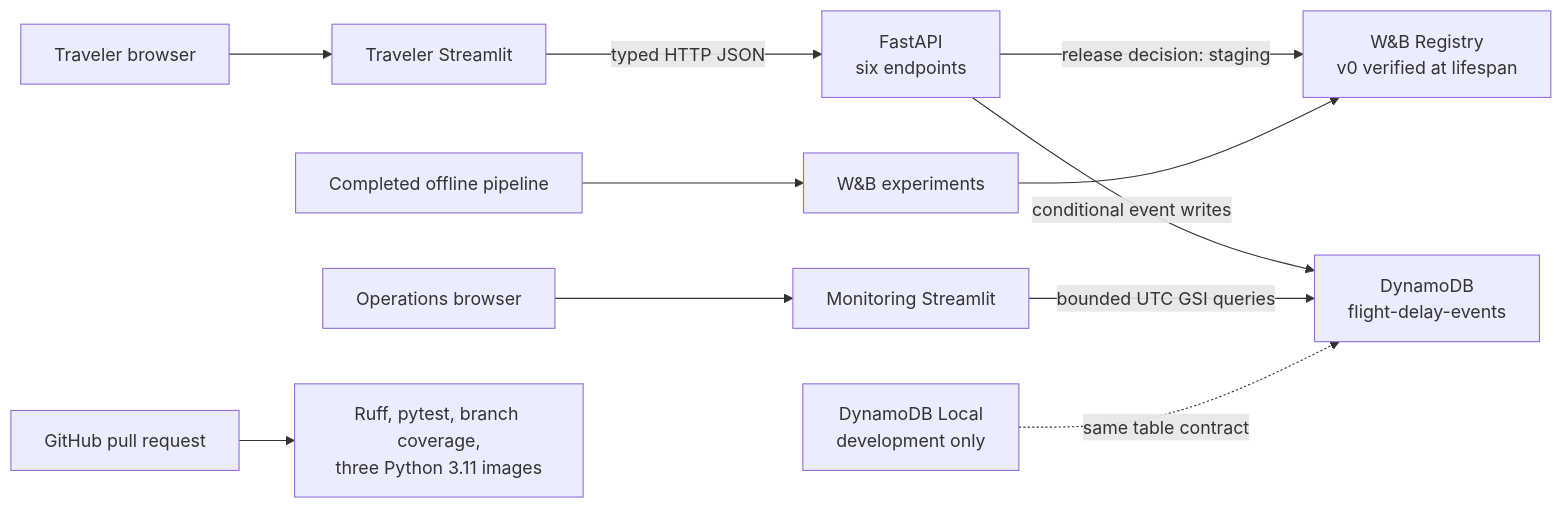
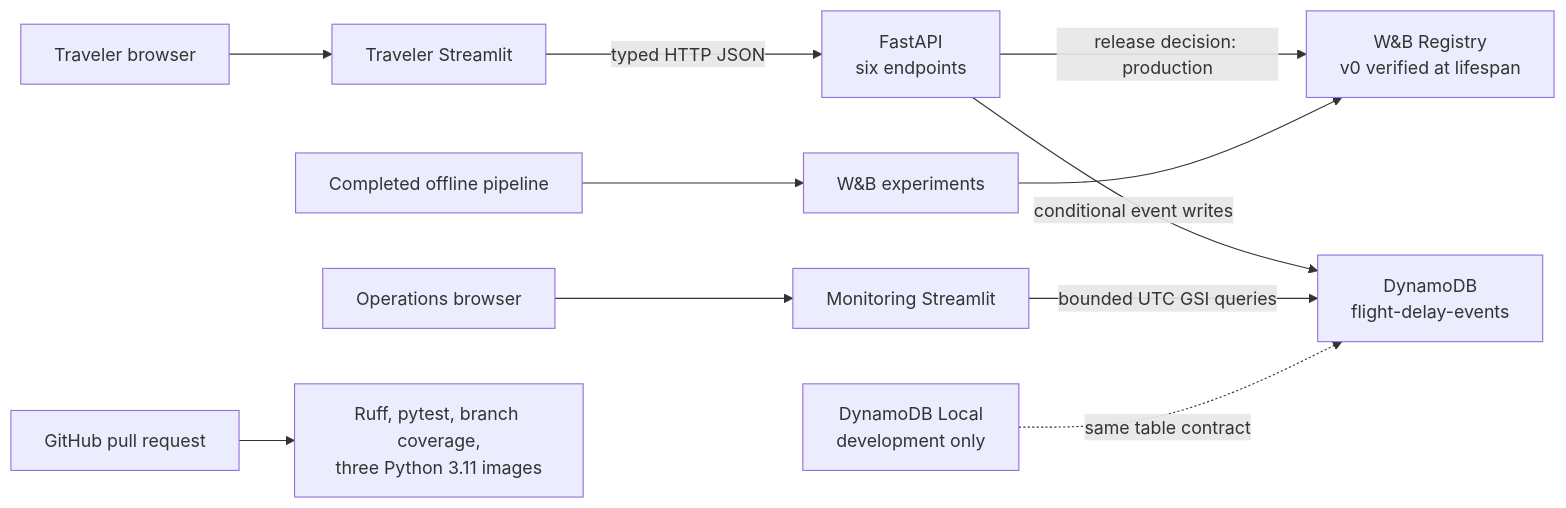
One commit to austinyoungblood/us-flight-delay-mlops changed the first of 2 diagrams in docs/architecture.md. Above: the diagram before and after it, drawn with Mermaid. The commit also changed other lines of this file and 35 other files, not shown here.

````diff
--- a/docs/architecture.md
+++ b/docs/architecture.md
@@ -13,13 +13,13 @@
 ```mermaid
 flowchart LR
     U["Traveler browser"] --> UI["Traveler Streamlit"]
     UI -->|"typed HTTP JSON"| API["FastAPI<br/>six endpoints"]
-    API -->|"release decision: staging"| MODEL["W&B Registry<br/>v0 verified at lifespan"]
+    API -->|"release decision: production"| MODEL["W&B Registry<br/>v0 verified at lifespan"]
     API -->|"conditional event writes"| DB["DynamoDB<br/>flight-delay-events"]
     O["Operations browser"] --> MON["Monitoring Streamlit"]
     MON -->|"bounded UTC GSI queries"| DB
     LOCAL["DynamoDB Local<br/>development only"] -. "same table contract" .-> DB
     TRAIN["Completed offline pipeline"] --> EXP["W&B experiments"]
     EXP --> MODEL
     GH["GitHub pull request"] --> CI["Ruff, pytest, branch coverage,<br/>three Python 3.11 images"]
 ```
````
